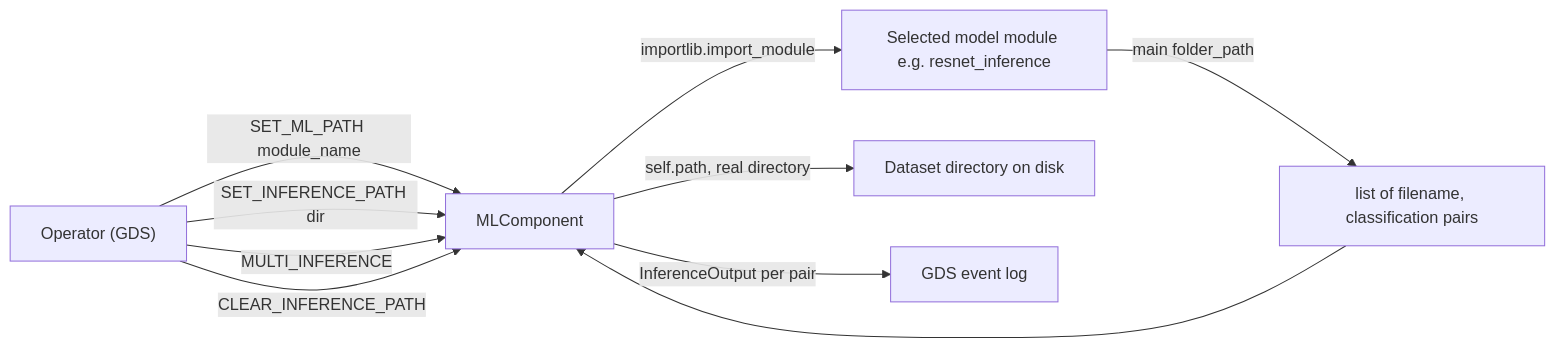
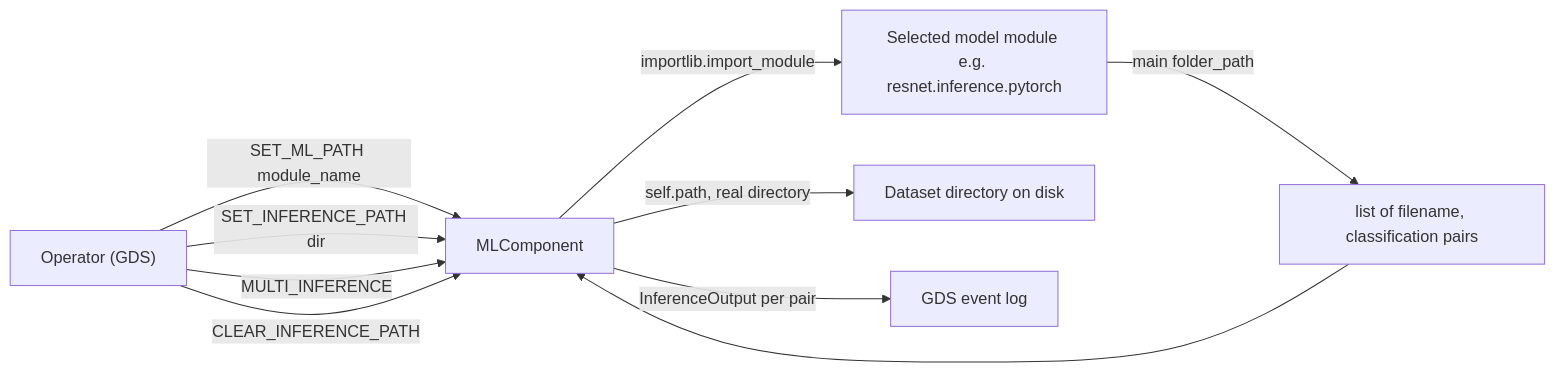
Before and after one commit to BroncoSpace-Lab/fprime-scales-ref: the second of 4 diagrams in Components/MLComponent/docs/sdd.md, drawn with Mermaid. The commit also changed other lines of this file and 2 other files, not shown here.

````diff
--- a/Components/MLComponent/docs/sdd.md
+++ b/Components/MLComponent/docs/sdd.md
@@ -315,13 +345,13 @@
 ```mermaid
 flowchart LR
     Op["Operator (GDS)"] -->|SET_ML_PATH module_name| MLC["MLComponent"]
     Op -->|SET_INFERENCE_PATH dir| MLC
     Op -->|MULTI_INFERENCE| MLC
     Op -->|CLEAR_INFERENCE_PATH| MLC
 
-    MLC -->|importlib.import_module| Model["Selected model module e.g. resnet_inference"]
+    MLC -->|importlib.import_module| Model["Selected model module e.g. resnet.inference.pytorch"]
     MLC -->|self.path, real directory| Data["Dataset directory on disk"]
     Model -->|main folder_path| Results["list of filename, classification pairs"]
     Results --> MLC
     MLC -->|InferenceOutput per pair| GDS["GDS event log"]
 ```
````
